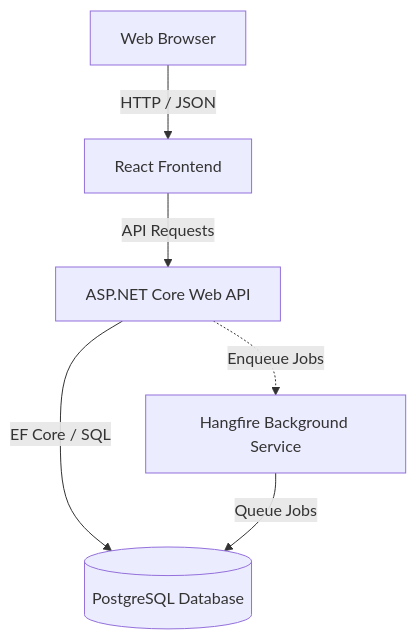
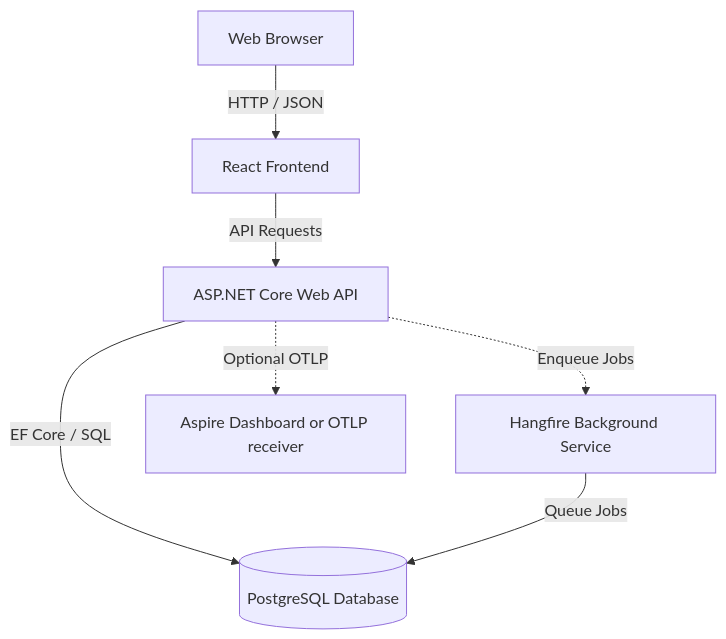
Before and after one commit to sojupie/marmenlind_portfolio: the diagram in content/projects/motillo-adwais.md, drawn with Mermaid. The commit also changed other lines of this file, not shown here.

````diff
--- a/content/projects/motillo-adwais.md
+++ b/content/projects/motillo-adwais.md
@@ -28,8 +28,9 @@
 ```mermaid
 graph TD
     Client[Web Browser] -->|HTTP / JSON| Web[React Frontend]
     Web -->|API Requests| API[ASP.NET Core Web API]
     API -->|EF Core / SQL| DB[(PostgreSQL Database)]
     Hangfire[Hangfire Background Service] -->|Queue Jobs| DB
     API -.->|Enqueue Jobs| Hangfire
+    API -.->|Optional OTLP| Telemetry[Aspire Dashboard or OTLP receiver]
 ```
````
